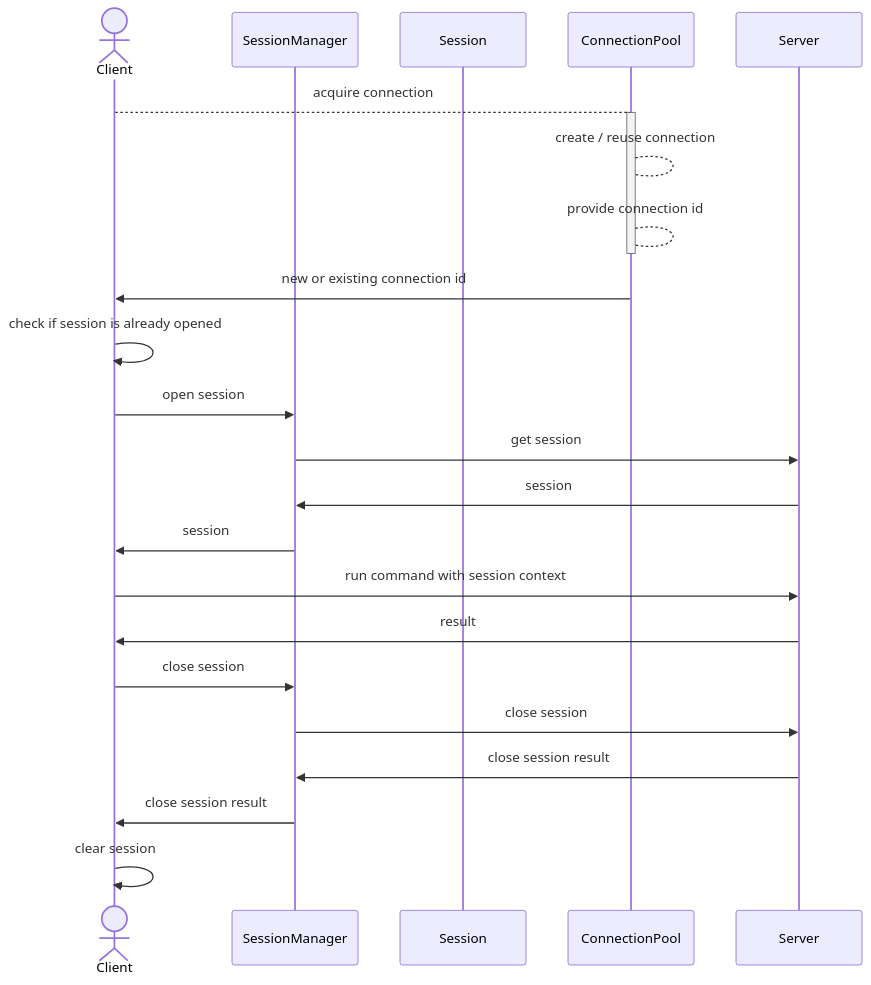
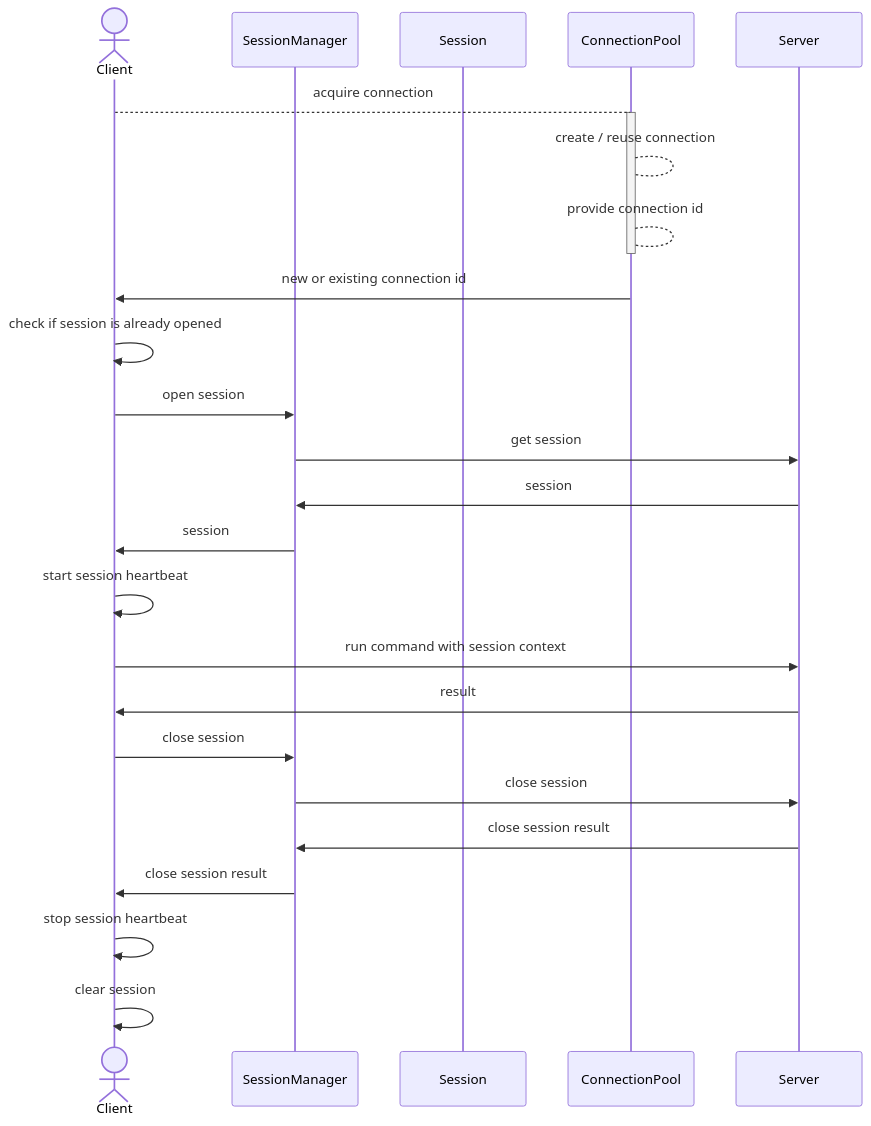
Before and after one commit to codenotary/immudb4net: the diagram in Sessions.md, drawn with Mermaid.

Commit message:
fix: session md
fixed session diagram - added heartbeat

````diff
--- a/Sessions.md
+++ b/Sessions.md
@@ -5,29 +5,33 @@
 ``` mermaid
 sequenceDiagram
     actor C as Client
     participant SM as SessionManager    
     participant S as Session
     participant CP as ConnectionPool
     participant SRV as Server
     
     C-->CP: acquire connection
     activate CP
     CP-->CP: create / reuse connection
     CP-->CP: provide connection id
     deactivate CP
+
     CP->>C: new or existing connection id    
     C->>C: check if session is already opened
     C->>SM: open session
     SM->>SRV: get session
     SRV->>SM: session
     SM->>C: session
+    C->>C: start session heartbeat
         
     C->>SRV: run command with session context
     SRV->>C: result
     
     C->>SM: close session
     SM->>SRV:close session
     SRV->>SM: close session result
     SM->>C: close session result
+    C->>C: stop session heartbeat
     C->>C: clear session
+
 ```
````
